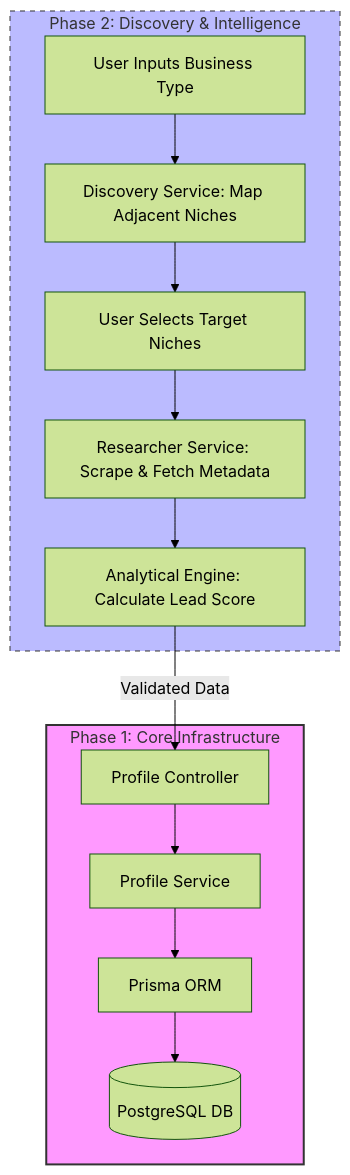
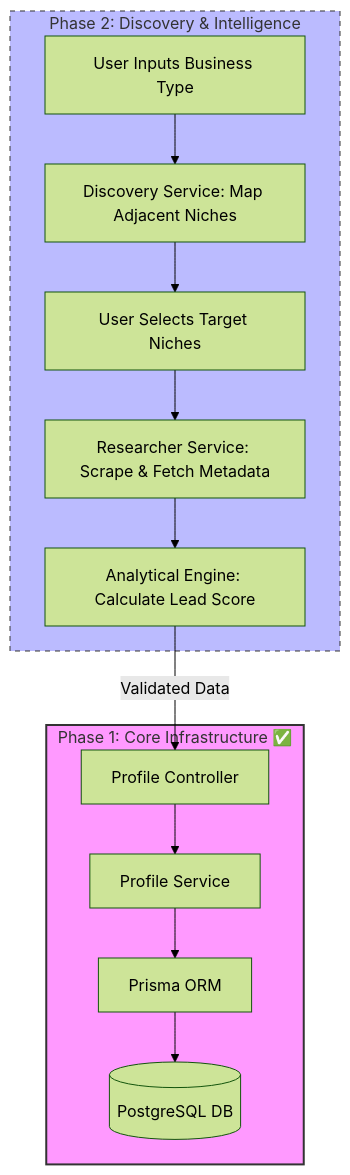
Before and after one commit to Hambonoire/customer-profile-engine: the diagram in README.md, drawn with Mermaid (forest theme). The commit also changed other lines of this file, not shown here.

````diff
--- a/README.md
+++ b/README.md
@@ -11,22 +29,21 @@
 ```mermaid
 graph TD
     %% Phase 2: Intelligence & Discovery
     subgraph Phase_2 [Phase 2: Discovery & Intelligence]
         P2_In[User Inputs Business Type] --> P2_Disc[Discovery Service: Map Adjacent Niches]
         P2_Disc --> P2_User[User Selects Target Niches]
         P2_User --> P2_Res[Researcher Service: Scrape & Fetch Metadata]
         P2_Res --> P2_An[Analytical Engine: Calculate Lead Score]
     end
 
     %% Phase 1: Core Infrastructure (Already Built)
-    subgraph Phase_1 [Phase 1: Core Infrastructure]
+    subgraph Phase_1 [Phase 1: Core Infrastructure ✅]
         P2_An -->|Validated Data| P1_Cont[Profile Controller]
         P1_Cont --> P1_Serv[Profile Service]
         P1_Serv --> P1_Pris[Prisma ORM]
         P1_Pris --> P1_DB[(PostgreSQL DB)]
     end
 
-    %% Legend
     style Phase_1 fill:#f9f,stroke:#333,stroke-width:2px
     style Phase_2 fill:#bbf,stroke:#333,stroke-dasharray: 5 5
 ```
````
